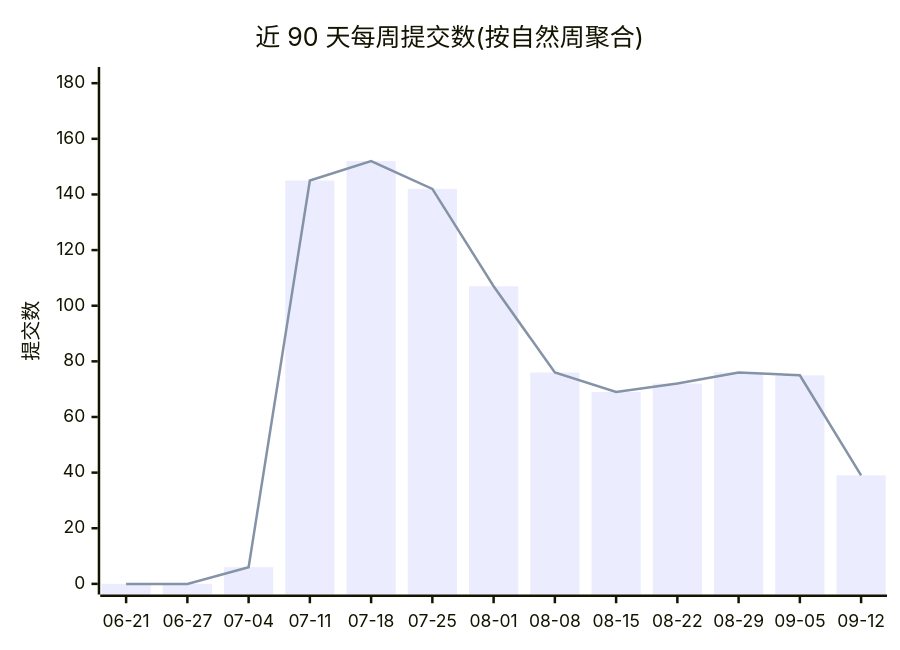
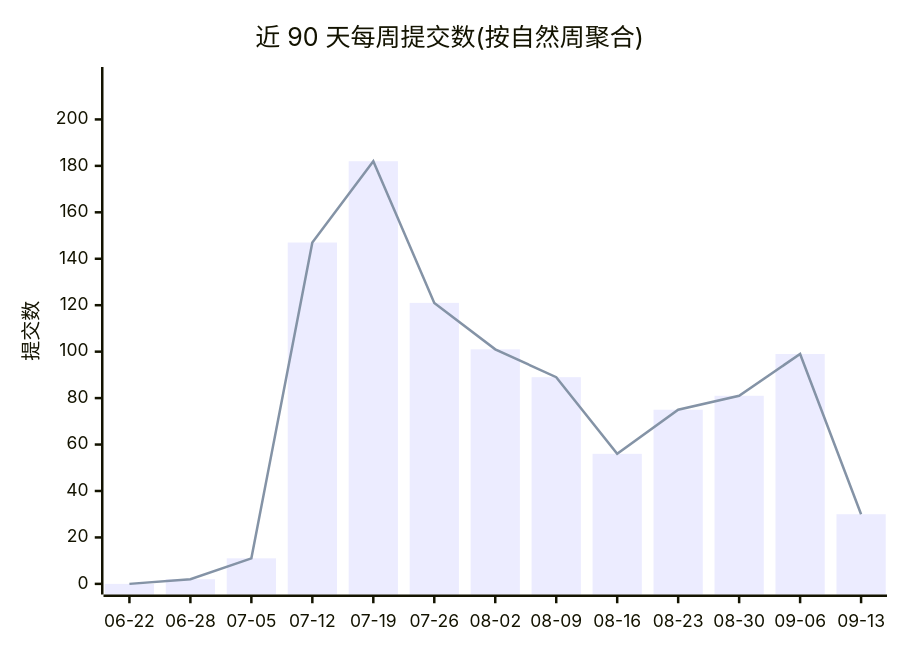
One commit to Conflux-Union/.github changed the first of 2 diagrams in profile/README.md. Above: the diagram before and after it, drawn with Mermaid. The commit also changed other lines of this file and 1 other file, not shown here.

````diff
--- a/profile/README.md
+++ b/profile/README.md
@@ -44,8 +44,8 @@
 ```mermaid
 xychart-beta
     title "近 90 天每周提交数(按自然周聚合)"
-    x-axis ["06-21", "06-27", "07-04", "07-11", "07-18", "07-25", "08-01", "08-08", "08-15", "08-22", "08-29", "09-05", "09-12"]
-    y-axis "提交数" 0 --> 182
-    bar [0, 0, 6, 145, 152, 142, 107, 76, 69, 72, 76, 75, 39]
-    line [0, 0, 6, 145, 152, 142, 107, 76, 69, 72, 76, 75, 39]
+    x-axis ["06-22", "06-28", "07-05", "07-12", "07-19", "07-26", "08-02", "08-09", "08-16", "08-23", "08-30", "09-06", "09-13"]
+    y-axis "提交数" 0 --> 218
+    bar [0, 2, 11, 147, 182, 121, 101, 89, 56, 75, 81, 99, 30]
+    line [0, 2, 11, 147, 182, 121, 101, 89, 56, 75, 81, 99, 30]
 ```
````
